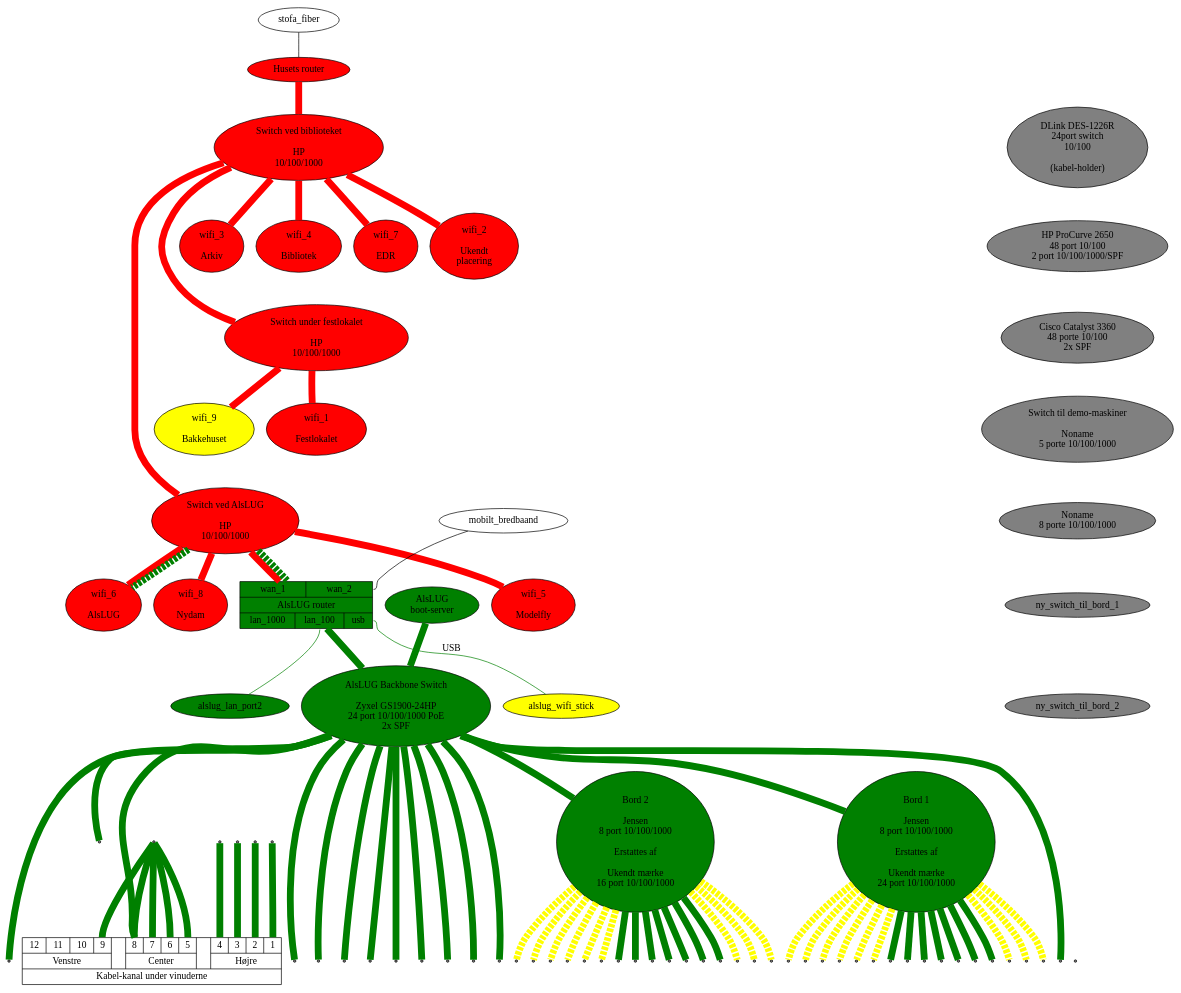
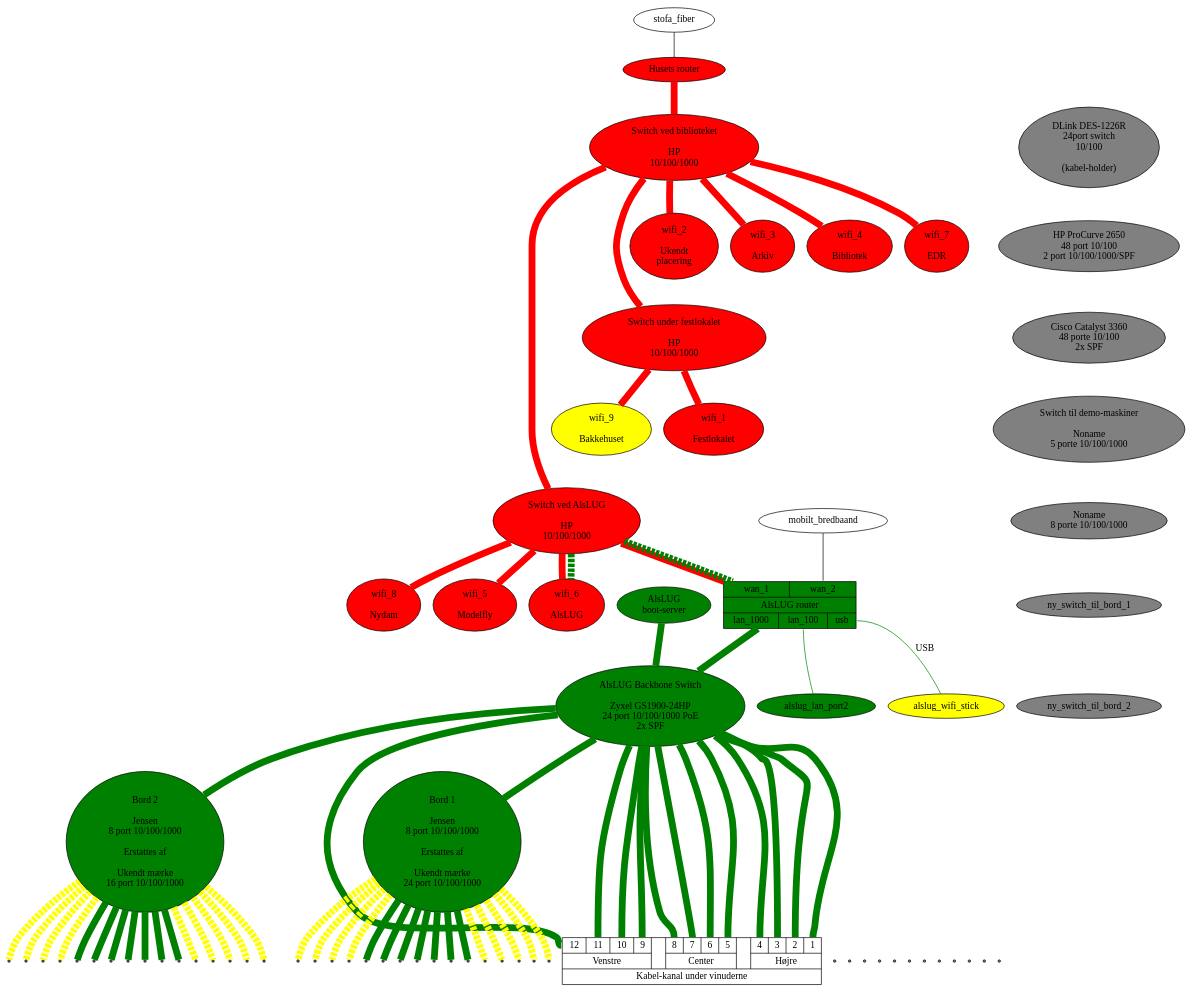
Before and after one commit to alslug/alslug.dk: the diagram in projekter/network.dot, drawn with Graphviz.

```diff
--- a/projekter/network.dot
+++ b/projekter/network.dot
@@ -1,123 +1,110 @@
 digraph xxx {
 #  link_12a [ shape=point ];
 #  link_12b [ shape=point ];
 #  link_12c [ shape=point ];
   edge [ dir=none penwidth=10 ];
 
   node [ style=filled fillcolor=red ];
   husets_router [ label="Husets router" ];
   husets_switch_1 [ label="Switch ved biblioteket\n\nHP\n10/100/1000" ];
   husets_switch_2 [ label="Switch ved AlsLUG\n\nHP\n10/100/1000" ];
   festlokale_switch [ label="Switch under festlokalet\n\nHP\n10/100/1000" ];
   wifi_1 [ label=" wifi_1 \n\n Festlokalet "                ];
   wifi_2 [ label=" wifi_2 \n\n Ukendt \n placering "        ];
   wifi_3 [ label=" wifi_3 \n\n Arkiv "                      ];
   wifi_4 [ label=" wifi_4 \n\n Bibliotek "                  ];
   wifi_5 [ label=" wifi_5 \n\n Modelfly "                   ];
   wifi_6 [ label=" wifi_6 \n\n AlsLUG "                     ];
   wifi_7 [ label=" wifi_7 \n\n EDR "                        ];
   wifi_8 [ label=" wifi_8 \n\n Nydam "                      ];
   wifi_9 [ label=" wifi_9 \n\n Bakkehuset" fillcolor=yellow ];
   
   node [ style=filled fillcolor=green ];
   alslug_router [ shape=record label="{{<wan_1> wan_1|<wan_2> wan_2}|AlsLUG router|{<lan_1000> lan_1000|<lan_100> lan_100|<usb> usb}}" ];
   alslug_gl_bootserver [ label="AlsLUG\nboot-server" ];
   alslug_backbone_switch [ label="AlsLUG Backbone Switch\n\nZyxel GS1900-24HP\n24 port 10/100/1000 PoE\n2x SPF"];
   bord_1 [ label="Bord 1\n\nJensen\n8 port 10/100/1000\n\n Erstattes af\n\nUkendt mærke\n24 port 10/100/1000"];
   bord_2 [ label="Bord 2\n\nJensen\n8 port 10/100/1000\n\n Erstattes af\n\nUkendt mærke\n16 port 10/100/1000"];
   alslug_wifi_stick alslug_lan_port2;
   
   // Udstyr som pt ikke bruges
   node [ style=filled fillcolor=gray ];
   switch_24p      [ label="DLink DES-1226R\n24port switch\n10/100\n\n(kabel-holder)"];
   switch_48p      [ label="HP ProCurve 2650\n48 port 10/100\n2 port 10/100/1000/SPF"];
   switch_48p_poe  [ label="Cisco Catalyst 3360\n48 porte 10/100\n2x SPF"];
   switch_5p       [ label="Switch til demo-maskiner\n\nNoname\n5 porte 10/100/1000" ];
   switch_8p       [ label="Noname\n8 porte 10/100/1000"];
   
   switch_24p -> switch_48p -> switch_48p_poe -> switch_5p -> switch_8p -> ny_switch_til_bord_1 -> ny_switch_til_bord_2 -> bord_1 [ color=invis ];
   
   
   node [ style=normal ];
   // Internet forbindelser
   stofa_fiber      -> husets_router:wan_1 [ penwidth=1 fillcolor=black style=filled ];
   mobilt_bredbaand -> alslug_router:wan_2 [ penwidth=1 fillcolor=black style=filled ];
   
   // Husets forbindelser
   edge  [ color=red style=solid ];
   husets_switch_1 -> festlokale_switch -> {             wifi_1                                                  wifi_9 };
   husets_router -> husets_switch_1 -> {                        wifi_2 wifi_3 wifi_4               wifi_7               };
   husets_switch_1 -> husets_switch_2 -> { alslug_router                             wifi_5 wifi_6        wifi_8        };
 
   // VLAN forbindelser over bakkensbros netværk
   edge  [ color=green style=dashed ];
   husets_switch_2 -> { alslug_router:wan_1 wifi_6 };
 
   alslug_wifi_stick [ fillcolor=yellow style=filled ];
 
   // Interne forbindelser
   edge [ color=green style=solid ];
   node [ shape=point ];
   
-  {alslug_router:lan_1000 alslug_gl_bootserver} -> alslug_backbone_switch -> { bord_1 bord_2 
-                  vindue:1
-                  vindue:2
-                  vindue:3
-                  vindue:4
-                  vindue:5
-                  vindue:6
-                  vindue:7
-                  vindue:8
-                  vindue:9
-                  vindue:10
-                  vindue:11
-                  vindue:12
-                  vinude_left_12  vindue_left_11  vindue_left_10  vindue_left_9
-                  vindue_center_8 vindue_center_7 vindue_center_6 vindue_center_5
-                  vindue_right_4  vindue_right_3  vindue_right_2  vindue_right_1
-                  }
+  {alslug_router:lan_1000 alslug_gl_bootserver} -> alslug_backbone_switch -> { bord_1 bord_2 }
 
   alslug_router:usb -> alslug_wifi_stick [ penwidth=1 label="USB" ];
   alslug_router:lan_100 -> alslug_lan_port2 [ penwidth=1 ];
   
   bord_1 -> {
                   bord_1_1 bord_1_2 bord_1_3 bord_1_4 bord_1_5 bord_1_6 bord_1_7
                 };
   bord_1 -> {
                   bord_1_8 bord_1_9 bord_1_10 bord_1_11 bord_1_12 bord_1_13 bord_1_14 bord_1_15 bord_1_16
                 } [ style=dashed color=yellow ];
   bord_2 -> {
                   bord_2_1 bord_2_2 bord_2_3 bord_2_4 bord_2_5 bord_2_6 bord_2_7
                 };
   bord_2 -> {
                   bord_2_8 bord_2_9 bord_2_10 bord_2_11 bord_2_12 bord_2_13 bord_2_14 bord_2_15 bord_2_16
                 } [ style=dashed color=yellow ];
                 
-  xxxxx1 -> vindue:1;
-  xxxxx2 -> vindue:2;
-  xxxxx3 -> vindue:3;
-  xxxxx4 -> vindue:4;
-  xxxxx5 -> vindue:5;
-  xxxxx5 -> vindue:6;
-  xxxxx5 -> vindue:7;
-  xxxxx5 -> vindue:8;
-  xxxxx5 -> vindue:9;
+  alslug_backbone_switch -> vindue:1;
+  alslug_backbone_switch -> vindue:2;
+  alslug_backbone_switch -> vindue:3;
+  alslug_backbone_switch -> vindue:4;
+  alslug_backbone_switch -> vindue:5;
+  alslug_backbone_switch -> vindue:6;
+  alslug_backbone_switch -> vindue:7;
+  alslug_backbone_switch -> vindue:8;
+  alslug_backbone_switch -> vindue:9;
+  alslug_backbone_switch -> vindue:10;
+  alslug_backbone_switch -> vindue:11;
+  alslug_backbone_switch -> vindue:12;
 
   edge [ color=invis ];
   husets_switch_1 -> wifi_2 -> festlokale_switch -> wifi_1 -> husets_switch_2;
   vindue [ shape=record label="{{ {{<12> 12|<11> 11|<10> 10|<9> 9}  | Venstre }||
                                   {{<8> 8|<7> 7|<6> 6|<5> 5}        | Center  }||
                                   {{<4> 4|<3> 3|<2> 2|<1> 1}        | Højre   }}| Kabel-kanal under vinuderne }}" ];
 
   subgraph {
     rank = same;
                   vindue;
                   vindue_left_12;   vindue_left_11;   vindue_left_10;   vindue_left_9;
                   vindue_center_8;  vindue_center_7;  vindue_center_6;  vindue_center_5;
                   vindue_right_4;   vindue_right_3;   vindue_right_2;   vindue_right_1;
                   bord_1_1;   bord_1_2;   bord_1_3;   bord_1_4;   bord_1_5;   bord_1_6;   bord_1_7;   bord_1_8;
                   bord_1_9;   bord_1_10;  bord_1_11;  bord_1_12;  bord_1_13;  bord_1_14;  bord_1_15;  bord_1_16;
                   bord_2_1;   bord_2_2;   bord_2_3;   bord_2_4;   bord_2_5;   bord_2_6;   bord_2_7;   bord_2_8;
                   bord_2_9;   bord_2_10;  bord_2_11;  bord_2_12;  bord_2_13;  bord_2_14;  bord_2_15;  bord_2_16;
   }
 }
```
